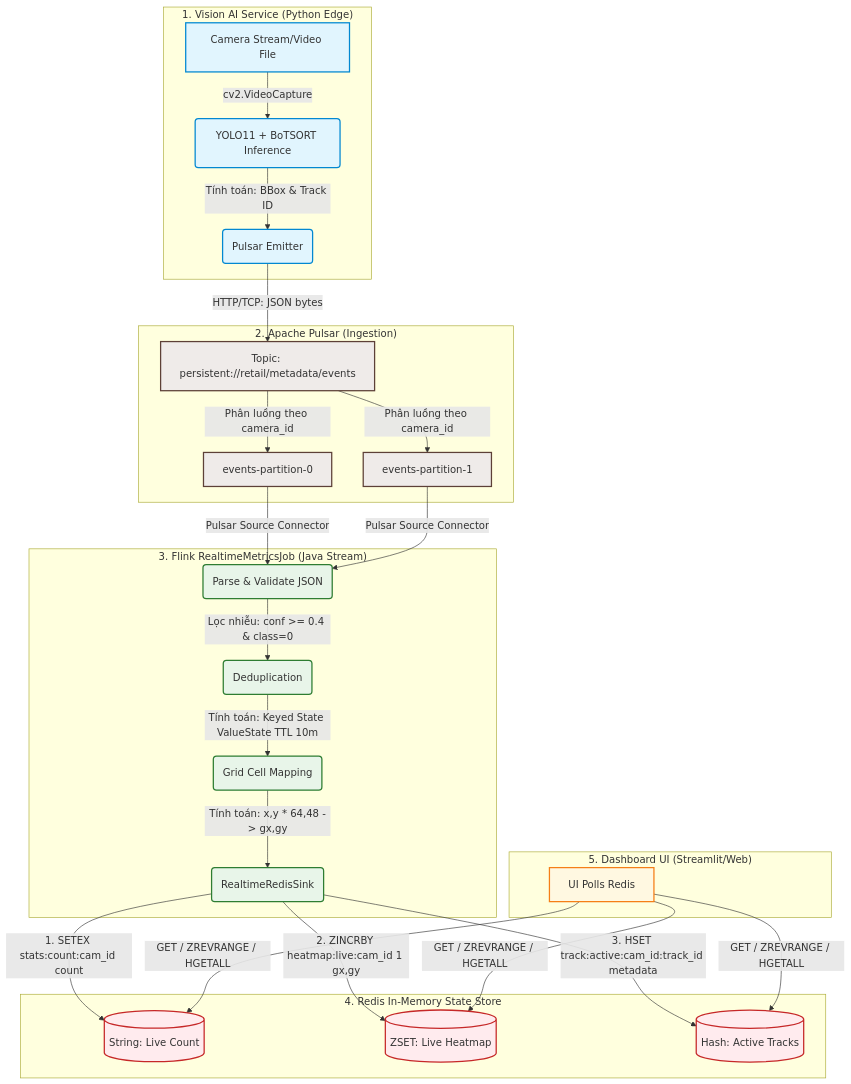
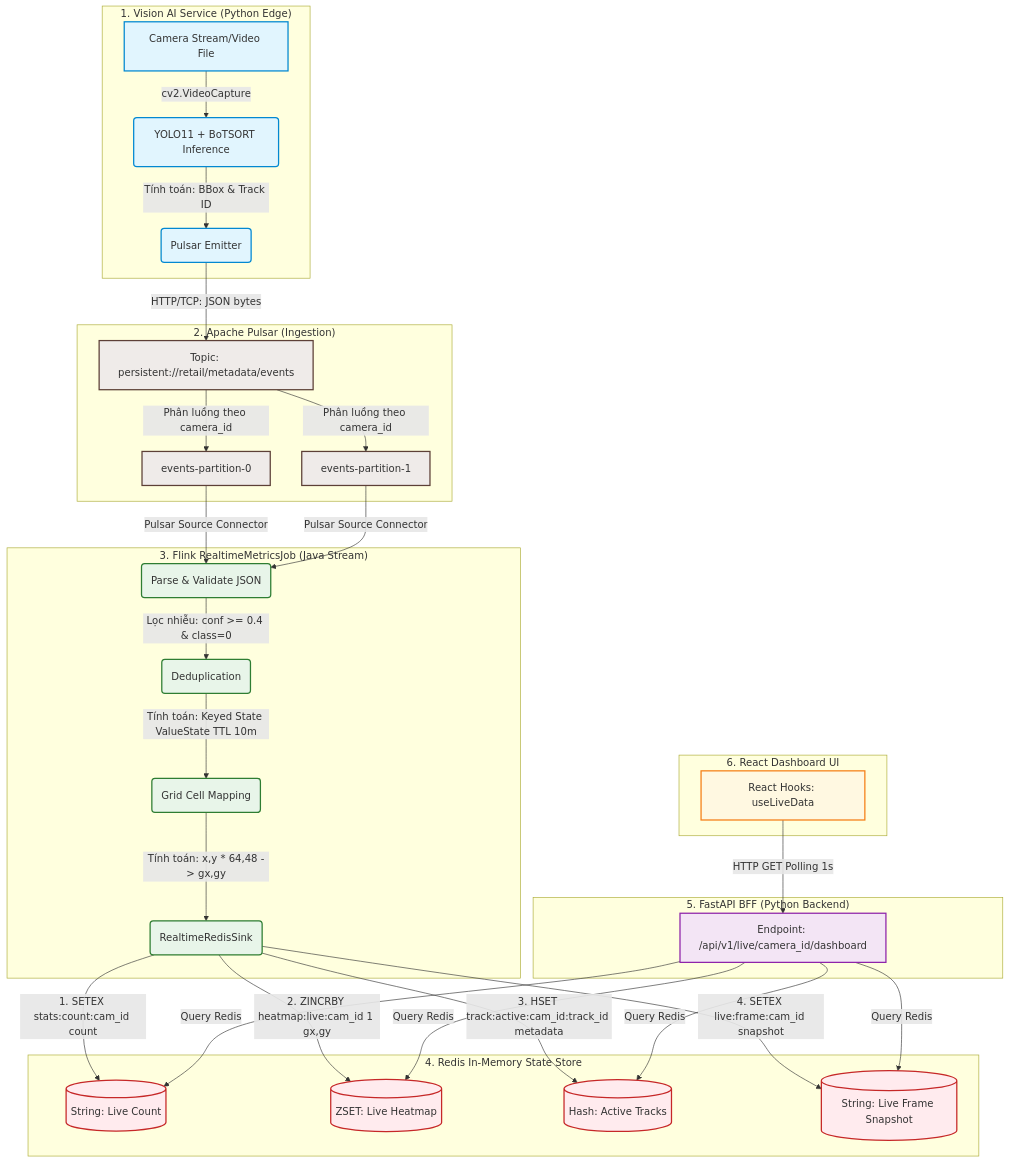
Before and after one commit to hungfnguyen/retail-video-analytics: the diagram in docs/mermaid/04_redis/00_redis_realtime_flow.md, drawn with Mermaid. The commit also changed other lines of this file and 1 other file, not shown here.

````diff
--- a/docs/mermaid/04_redis/00_redis_realtime_flow.md
+++ b/docs/mermaid/04_redis/00_redis_realtime_flow.md
@@ -9,43 +9,50 @@
 ```mermaid
 flowchart TD
     %% Define Nodes and Styles
     subgraph Edge ["1. Vision AI Service (Python Edge)"]
         A[Camera Stream/Video File] -->|cv2.VideoCapture| B(YOLO11 + BoTSORT Inference)
         B -->|Tính toán: BBox & Track ID| C(Pulsar Emitter)
     end
 
     subgraph Messaging ["2. Apache Pulsar (Ingestion)"]
         C -->|HTTP/TCP: JSON bytes| D[Topic: persistent://retail/metadata/events]
         D -->|Phân luồng theo camera_id| D1[events-partition-0]
         D -->|Phân luồng theo camera_id| D2[events-partition-1]
     end
 
     subgraph Processing ["3. Flink RealtimeMetricsJob (Java Stream)"]
         D1 & D2 -->|Pulsar Source Connector| E(Parse & Validate JSON)
         E -->|Lọc nhiễu: conf >= 0.4 & class=0| F(Deduplication)
         F -->|Tính toán: Keyed State ValueState TTL 10m| G(Grid Cell Mapping)
         G -->|Tính toán: x,y * 64,48 -> gx,gy| H(RealtimeRedisSink)
     end
 
     subgraph Serving ["4. Redis In-Memory State Store"]
         H -->|1. SETEX stats:count:cam_id count| I[(String: Live Count)]
         H -->|2. ZINCRBY heatmap:live:cam_id 1 gx,gy| J[(ZSET: Live Heatmap)]
         H -->|3. HSET track:active:cam_id:track_id metadata| K[(Hash: Active Tracks)]
+        H -->|4. SETEX live:frame:cam_id snapshot| M[(String: Live Frame Snapshot)]
     end
 
-    subgraph Client ["5. Dashboard UI (Streamlit/Web)"]
-        L[UI Polls Redis] -->|GET / ZREVRANGE / HGETALL| I & J & K
+    subgraph API ["5. FastAPI BFF (Python Backend)"]
+        N[Endpoint: /api/v1/live/camera_id/dashboard] -->|Query Redis| I & J & K & M
+    end
+
+    subgraph Client ["6. React Dashboard UI"]
+        O[React Hooks: useLiveData] -->|HTTP GET Polling 1s| N
     end
 
     classDef edgeStyle fill:#e1f5fe,stroke:#0288d1,stroke-width:2px;
     classDef msgStyle fill:#efebe9,stroke:#5d4037,stroke-width:2px;
     classDef procStyle fill:#e8f5e9,stroke:#2e7d32,stroke-width:2px;
     classDef serveStyle fill:#ffebee,stroke:#c62828,stroke-width:2px;
+    classDef apiStyle fill:#f3e5f5,stroke:#8e24aa,stroke-width:2px;
     classDef clientStyle fill:#fff8e1,stroke:#f57f17,stroke-width:2px;
 
     class A,B,C edgeStyle;
     class D,D1,D2 msgStyle;
     class E,F,G,H procStyle;
-    class I,J,K serveStyle;
-    class L clientStyle;
+    class I,J,K,M serveStyle;
+    class N apiStyle;
+    class O clientStyle;
 ```
````
